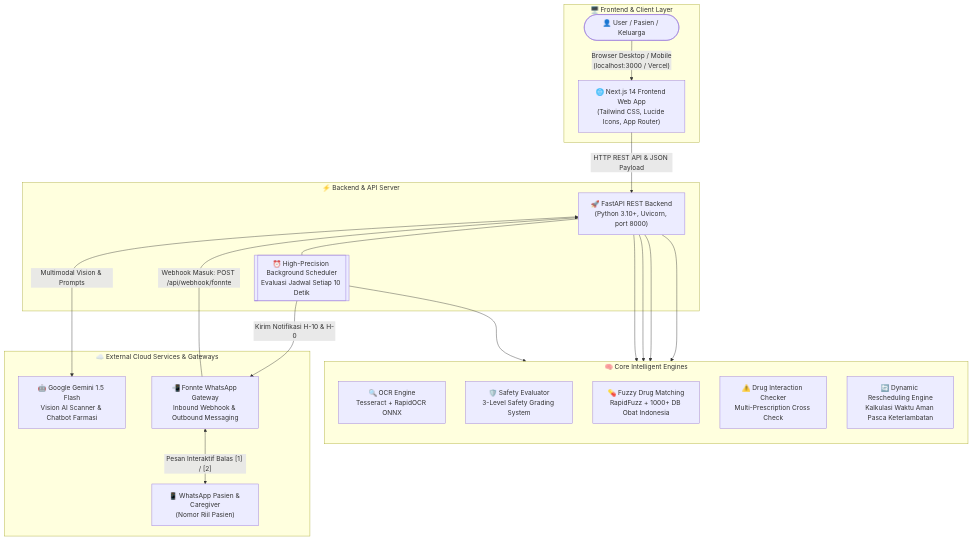
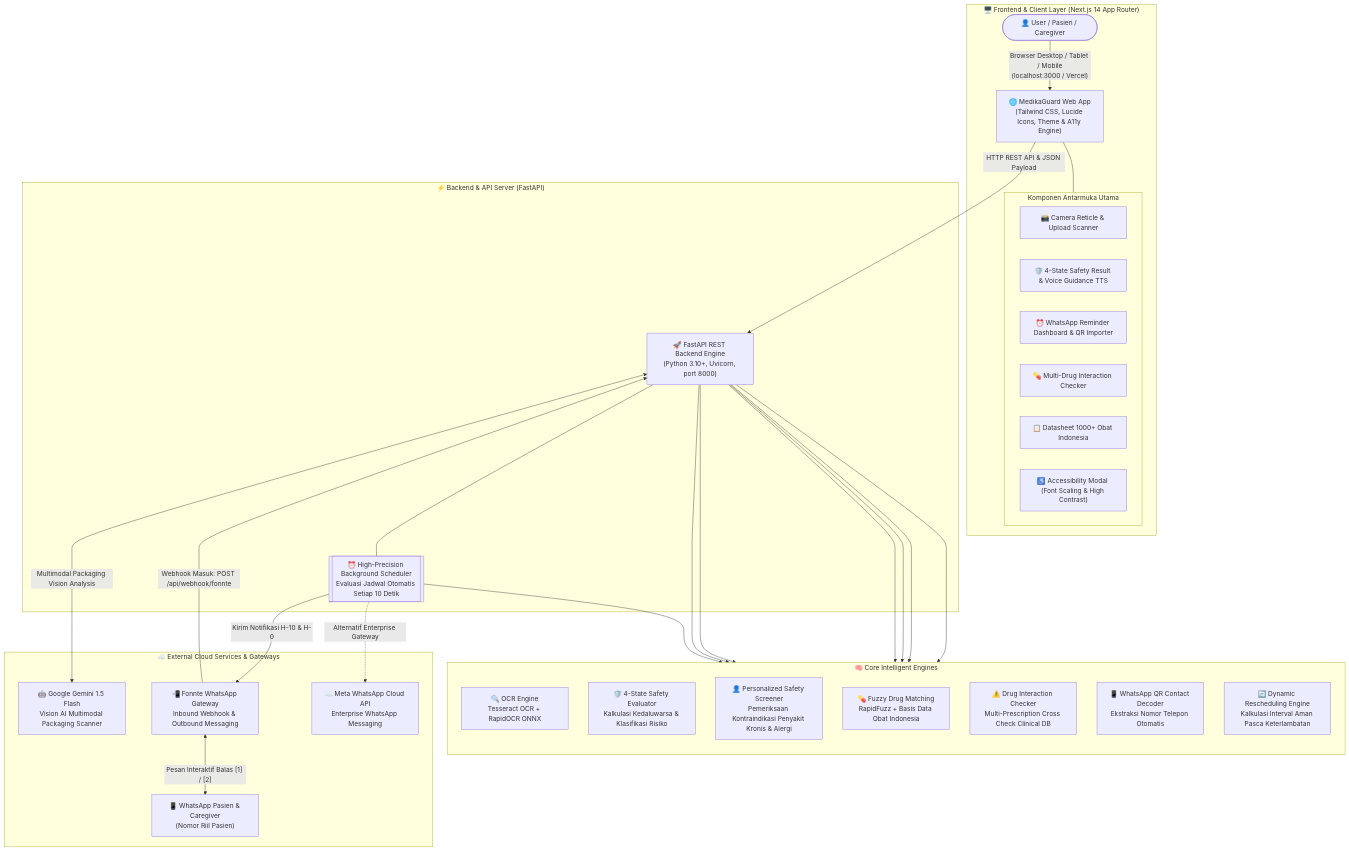
One commit to rifqiaunur666/pharmashield-project changed the first of 8 diagrams in README.md. Above: the diagram before and after it, drawn with Mermaid. The commit also changed other lines of this file, not shown here.

````diff
--- a/README.md
+++ b/README.md
@@ -115,42 +130,58 @@
 ```mermaid
 flowchart TD
-    subgraph ClientLayer["🖥️ Frontend & Client Layer"]
-        User(["👤 User / Pasien / Keluarga"])
-        NextApp["🌐 Next.js 14 Frontend Web App<br/>(Tailwind CSS, Lucide Icons, App Router)"]
-        User -->|"Browser Desktop / Mobile<br/>(localhost:3000 / Vercel)"| NextApp
+    subgraph ClientLayer["🖥️ Frontend & Client Layer (Next.js 14 App Router)"]
+        User(["👤 User / Pasien / Caregiver"])
+        NextApp["🌐 MedikaGuard Web App<br/>(Tailwind CSS, Lucide Icons, Theme & A11y Engine)"]
+        User -->|"Browser Desktop / Tablet / Mobile<br/>(localhost:3000 / Vercel)"| NextApp
+        
+        subgraph UIModules["Komponen Antarmuka Utama"]
+            CameraModule["📸 Camera Reticle & Upload Scanner"]
+            ResultCard["🛡️ 4-State Safety Result & Voice Guidance TTS"]
+            ReminderModule["⏰ WhatsApp Reminder Dashboard & QR Importer"]
+            InteractionModule["💊 Multi-Drug Interaction Checker"]
+            CatalogModule["📋 Datasheet 1000+ Obat Indonesia"]
+            A11yModal["♿ Accessibility Modal (Font Scaling & High Contrast)"]
+        end
+        NextApp --- UIModules
     end
 
-    subgraph BackendLayer["⚡ Backend & API Server"]
-        FastAPI["🚀 FastAPI REST Backend<br/>(Python 3.10+, Uvicorn, port 8000)"]
+    subgraph BackendLayer["⚡ Backend & API Server (FastAPI)"]
+        FastAPI["🚀 FastAPI REST Backend Engine<br/>(Python 3.10+, Uvicorn, port 8000)"]
         NextApp -->|"HTTP REST API & JSON Payload"| FastAPI
         
-        SchedulerWorker[["⏰ High-Precision Background Scheduler<br/>Evaluasi Jadwal Setiap 10 Detik"]]
+        SchedulerWorker[["⏰ High-Precision Background Scheduler<br/>Evaluasi Jadwal Otomatis Setiap 10 Detik"]]
         FastAPI --- SchedulerWorker
     end
 
     subgraph ServiceEngines["🧠 Core Intelligent Engines"]
         direction TB
-        OCREngine["🔍 OCR Engine<br/>Tesseract + RapidOCR ONNX"]
-        SafetyEngine["🛡️ Safety Evaluator<br/>3-Level Safety Grading System"]
-        MatchingEngine["💊 Fuzzy Drug Matching<br/>RapidFuzz + 1000+ DB Obat Indonesia"]
-        InteractionEngine["⚠️ Drug Interaction Checker<br/>Multi-Prescription Cross Check"]
-        DynamicRescheduler["🔄 Dynamic Rescheduling Engine<br/>Kalkulasi Waktu Aman Pasca Keterlambatan"]
+        OCREngine["🔍 OCR Engine<br/>Tesseract OCR + RapidOCR ONNX"]
+        SafetyEngine["🛡️ 4-State Safety Evaluator<br/>Kalkulasi Kedaluwarsa & Klasifikasi Risiko"]
+        PersonalizedEngine["👤 Personalized Safety Screener<br/>Pemeriksaan Kontraindikasi Penyakit Kronis & Alergi"]
+        MatchingEngine["💊 Fuzzy Drug Matching<br/>RapidFuzz + Basis Data Obat Indonesia"]
+        InteractionEngine["⚠️ Drug Interaction Checker<br/>Multi-Prescription Cross Check Clinical DB"]
+        QRService["📱 WhatsApp QR Contact Decoder<br/>Ekstraksi Nomor Telepon Otomatis"]
+        DynamicRescheduler["🔄 Dynamic Rescheduling Engine<br/>Kalkulasi Interval Aman Pasca Keterlambatan"]
     end
 
     FastAPI --> OCREngine
     FastAPI --> SafetyEngine
+    FastAPI --> PersonalizedEngine
     FastAPI --> MatchingEngine
     FastAPI --> InteractionEngine
+    FastAPI --> QRService
     SchedulerWorker --> DynamicRescheduler
 
     subgraph ExternalGateways["☁️ External Cloud Services & Gateways"]
-        GeminiAPI["🤖 Google Gemini 1.5 Flash<br/>Vision AI Scanner & Chatbot Farmasi"]
+        GeminiAPI["🤖 Google Gemini 1.5 Flash<br/>Vision AI Multimodal Packaging Scanner"]
         FonnteAPI["📲 Fonnte WhatsApp Gateway<br/>Inbound Webhook & Outbound Messaging"]
+        MetaWA["☁️ Meta WhatsApp Cloud API<br/>Enterprise WhatsApp Messaging"]
         PatientWA["📱 WhatsApp Pasien & Caregiver<br/>(Nomor Riil Pasien)"]
     end
 
-    FastAPI <-->|"Multimodal Vision & Prompts"| GeminiAPI
+    FastAPI <-->|"Multimodal Packaging Vision Analysis"| GeminiAPI
     SchedulerWorker -->|"Kirim Notifikasi H-10 & H-0"| FonnteAPI
+    SchedulerWorker -.->|"Alternatif Enterprise Gateway"| MetaWA
     FonnteAPI <-->|"Pesan Interaktif Balas [1] / [2]"| PatientWA
     FonnteAPI -->|"Webhook Masuk: POST /api/webhook/fonnte"| FastAPI
 ```
````
